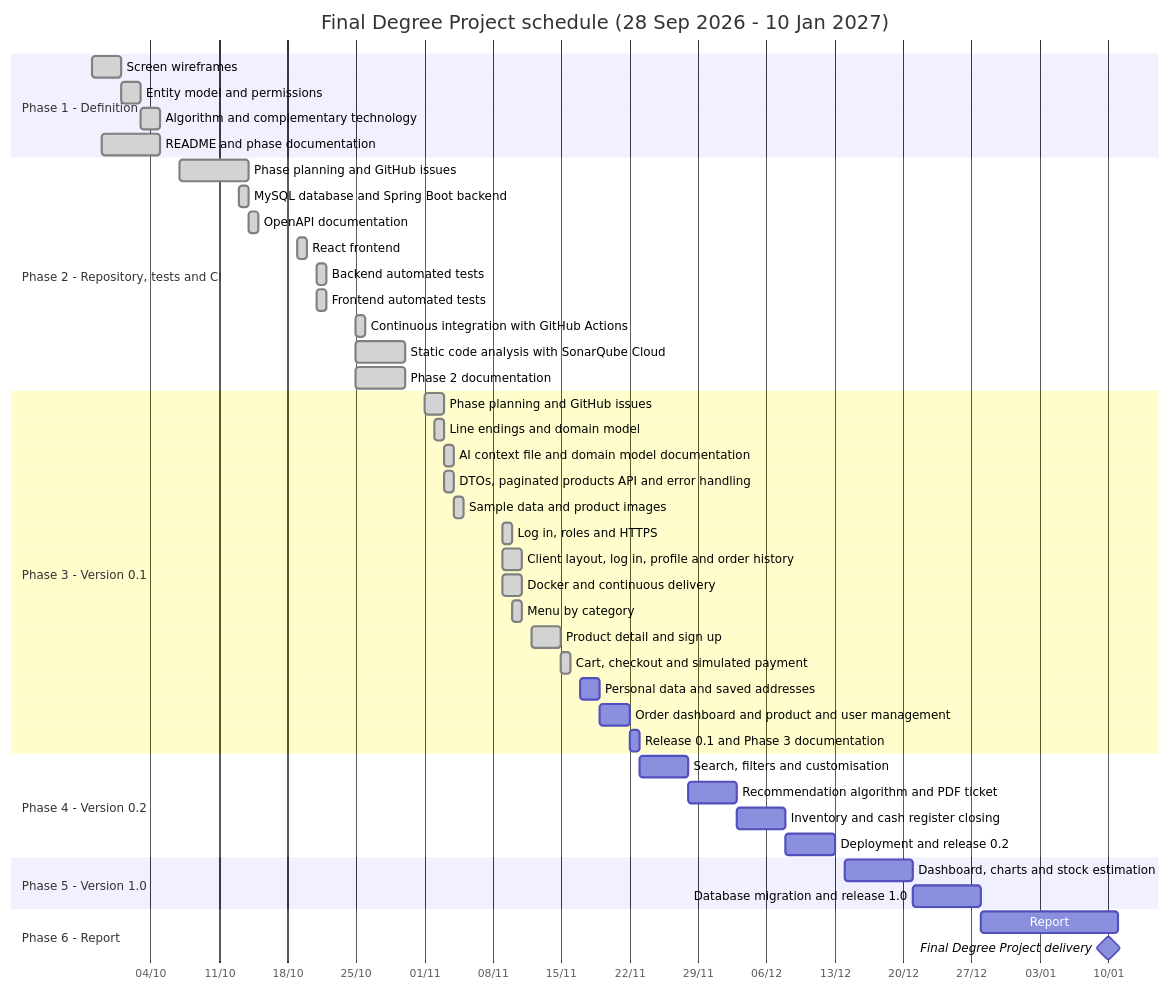
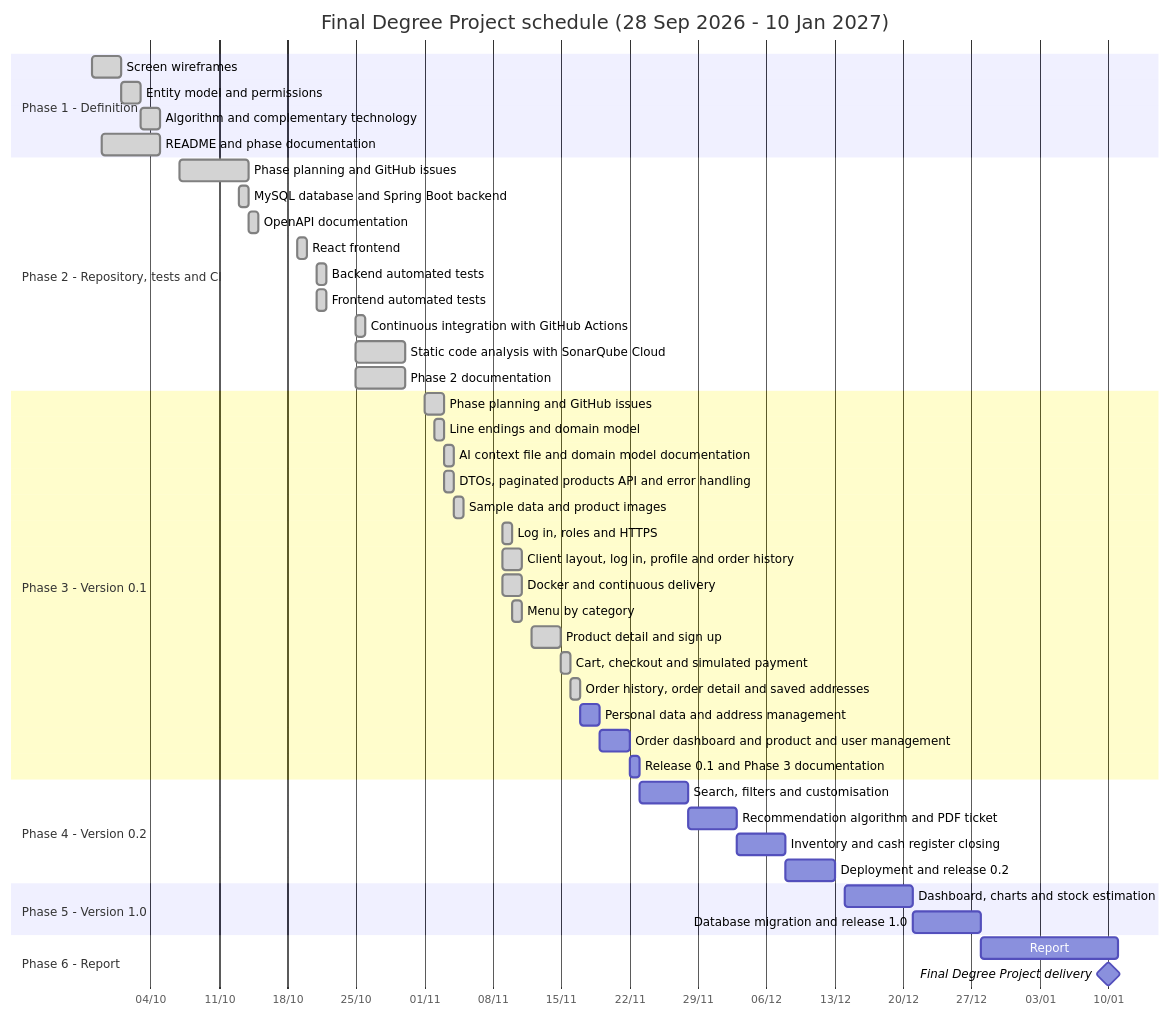
Before and after one commit to codeurjc-students/2026-Kombo: the diagram in docs/methodology.md, drawn with Mermaid. The commit also changed 42 other files, not shown here.

Commit message:
Add the order history page and saved addresses

````diff
--- a/docs/methodology.md
+++ b/docs/methodology.md
@@ -17,54 +17,55 @@
 ```mermaid
 gantt
     title Final Degree Project schedule (28 Sep 2026 - 10 Jan 2027)
     dateFormat YYYY-MM-DD
     axisFormat %d/%m
     tickInterval 1week
 
     section Phase 1 - Definition
     Screen wireframes                                :done, f1a, 2026-09-28, 3d
     Entity model and permissions                     :done, f1b, 2026-10-01, 2d
     Algorithm and complementary technology           :done, f1c, 2026-10-03, 2d
     README and phase documentation                   :done, f1d, 2026-09-29, 6d
 
     section Phase 2 - Repository, tests and CI
     Phase planning and GitHub issues                 :done, f2a, 2026-10-07, 7d
     MySQL database and Spring Boot backend           :done, f2b, 2026-10-13, 1d
     OpenAPI documentation                            :done, f2c, 2026-10-14, 1d
     React frontend                                   :done, f2d, 2026-10-19, 1d
     Backend automated tests                          :done, f2e, 2026-10-21, 1d
     Frontend automated tests                         :done, f2f, 2026-10-21, 1d
     Continuous integration with GitHub Actions       :done, f2g, 2026-10-25, 1d
     Static code analysis with SonarQube Cloud        :done, f2h, 2026-10-25, 5d
     Phase 2 documentation                            :done, f2i, 2026-10-25, 5d
 
     section Phase 3 - Version 0.1
     Phase planning and GitHub issues                 :done, f3p, 2026-11-01, 2d
     Line endings and domain model                    :done, f3m, 2026-11-02, 1d
     AI context file and domain model documentation   :done, f3n, 2026-11-03, 1d
     DTOs, paginated products API and error handling  :done, f3o, 2026-11-03, 1d
     Sample data and product images                   :done, f3s, 2026-11-04, 1d
     Log in, roles and HTTPS                          :done, f3a, 2026-11-09, 1d
     Client layout, log in, profile and order history :done, f3l, 2026-11-09, 2d
     Docker and continuous delivery                   :done, f3c, 2026-11-09, 2d
     Menu by category                                 :done, f3b, 2026-11-10, 1d
     Product detail and sign up                       :done, f3d, 2026-11-12, 3d
     Cart, checkout and simulated payment             :done, f3k, 2026-11-15, 1d
-    Personal data and saved addresses                :f3u, 2026-11-17, 2d
+    Order history, order detail and saved addresses  :done, f3h, 2026-11-16, 1d
+    Personal data and address management             :f3u, 2026-11-17, 2d
     Order dashboard and product and user management  :f3e, after f3u, 3d
     Release 0.1 and Phase 3 documentation            :f3r, after f3e, 1d
 
     section Phase 4 - Version 0.2
     Search, filters and customisation                :f4a, 2026-11-23, 5d
     Recommendation algorithm and PDF ticket          :f4b, after f4a, 5d
     Inventory and cash register closing              :f4c, after f4b, 5d
     Deployment and release 0.2                       :f4d, after f4c, 5d
 
     section Phase 5 - Version 1.0
     Dashboard, charts and stock estimation           :f5a, 2026-12-14, 7d
     Database migration and release 1.0               :f5b, after f5a, 7d
 
     section Phase 6 - Report
     Report                                           :f6a, 2026-12-28, 14d
     Final Degree Project delivery                    :milestone, m1, 2027-01-10, 0d
 ```
````
